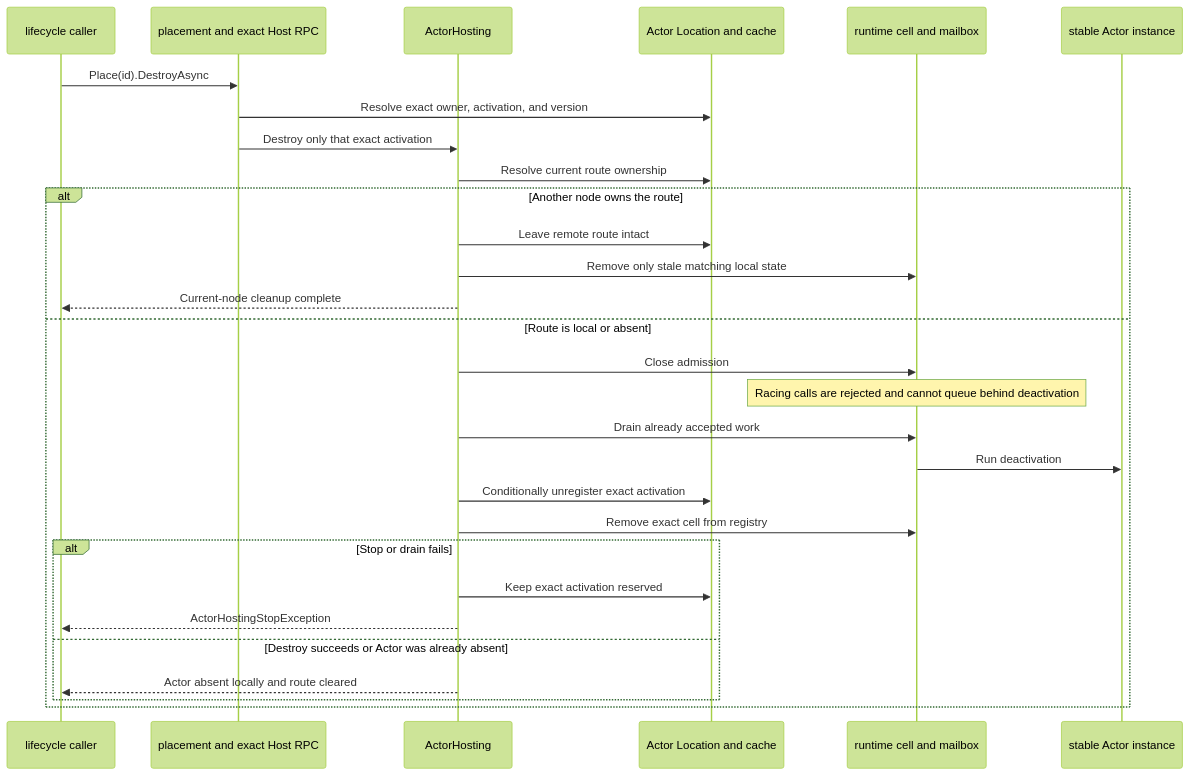
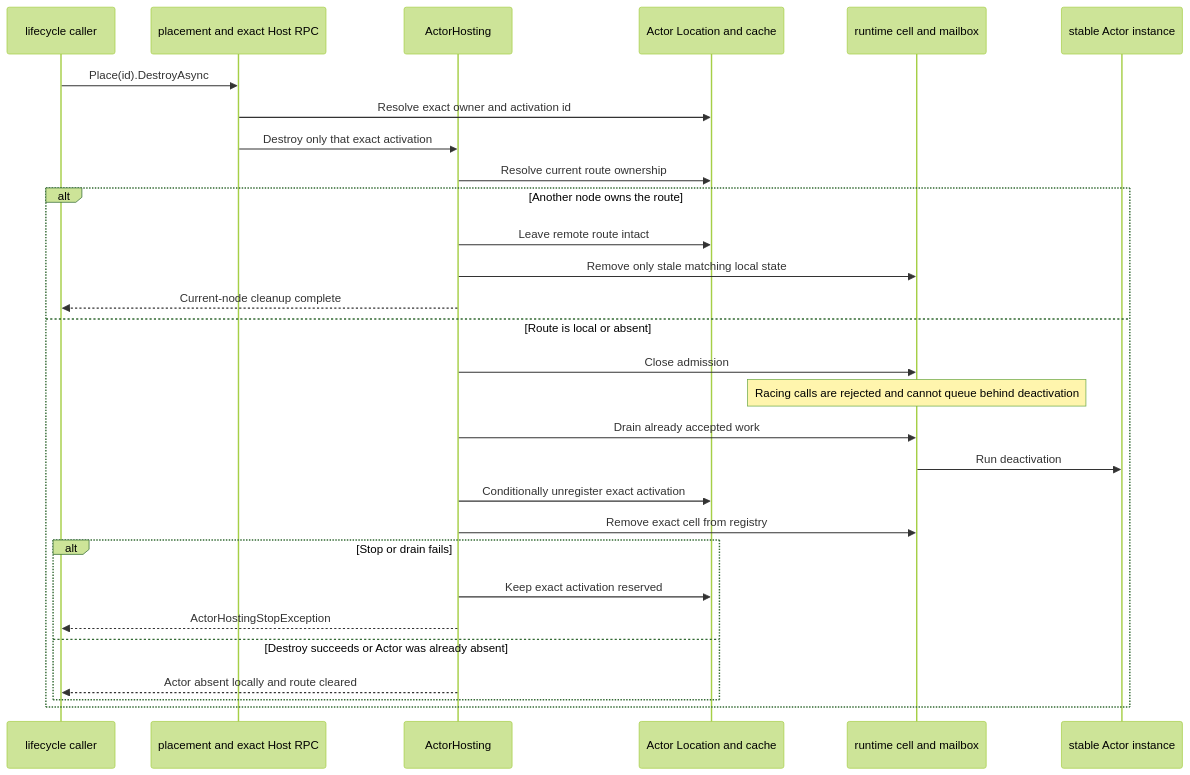
One commit to bruce48x/Lakona changed the sixth of 7 diagrams in docs/actor.md. Above: the diagram before and after it, drawn with Mermaid (forest theme). The commit also changed other lines of this file and 40 other files, not shown here.

````diff
--- a/docs/actor.md
+++ b/docs/actor.md
@@ -525,32 +526,32 @@
 ```mermaid
 sequenceDiagram
     participant C as lifecycle caller
     participant P as placement and exact Host RPC
     participant H as ActorHosting
     participant D as Actor Location and cache
     participant M as runtime cell and mailbox
     participant A as stable Actor instance
 
     C->>P: Place(id).DestroyAsync
-    P->>D: Resolve exact owner, activation, and version
+    P->>D: Resolve exact owner and activation id
     P->>H: Destroy only that exact activation
     H->>D: Resolve current route ownership
     alt Another node owns the route
         H->>D: Leave remote route intact
         H->>M: Remove only stale matching local state
         H-->>C: Current-node cleanup complete
     else Route is local or absent
         H->>M: Close admission
         Note over M: Racing calls are rejected and cannot queue behind deactivation
         H->>M: Drain already accepted work
         M->>A: Run deactivation
         H->>D: Conditionally unregister exact activation
         H->>M: Remove exact cell from registry
         alt Stop or drain fails
             H->>D: Keep exact activation reserved
             H-->>C: ActorHostingStopException
         else Destroy succeeds or Actor was already absent
             H-->>C: Actor absent locally and route cleared
         end
     end
 ```
````
